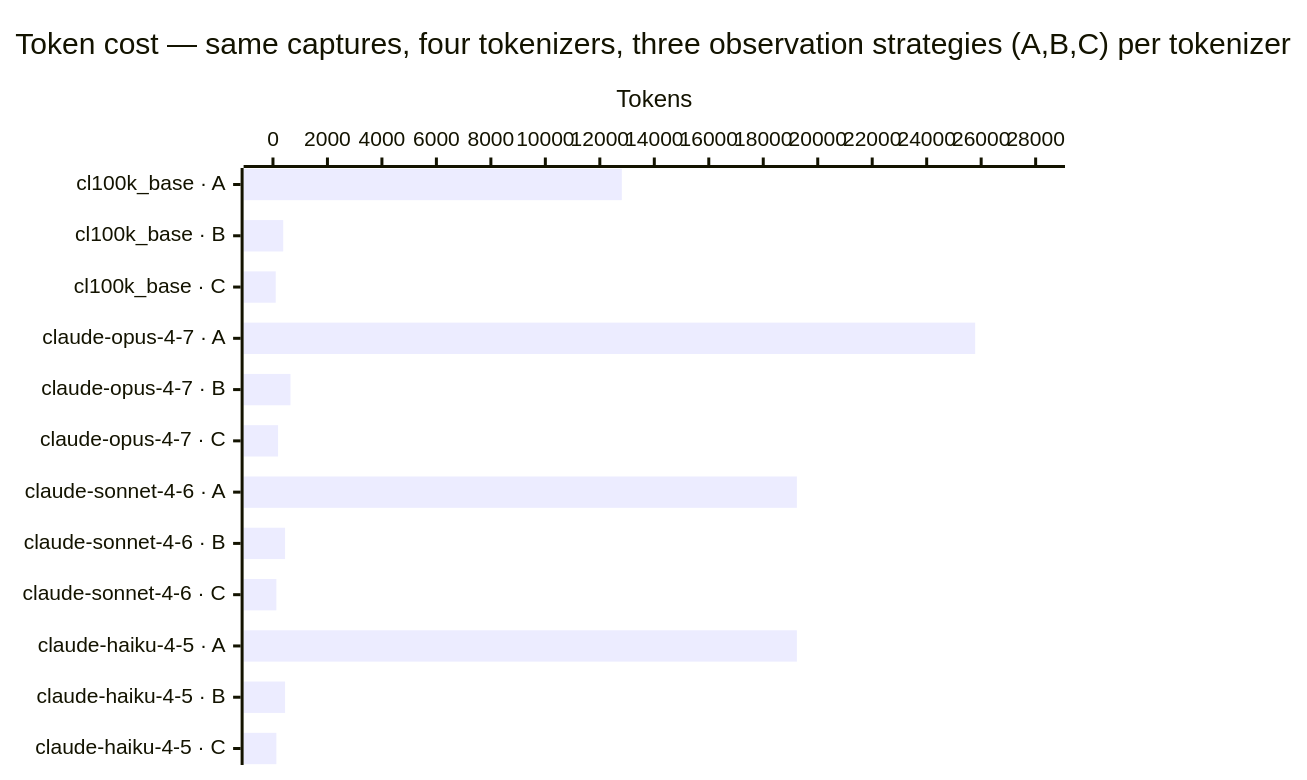
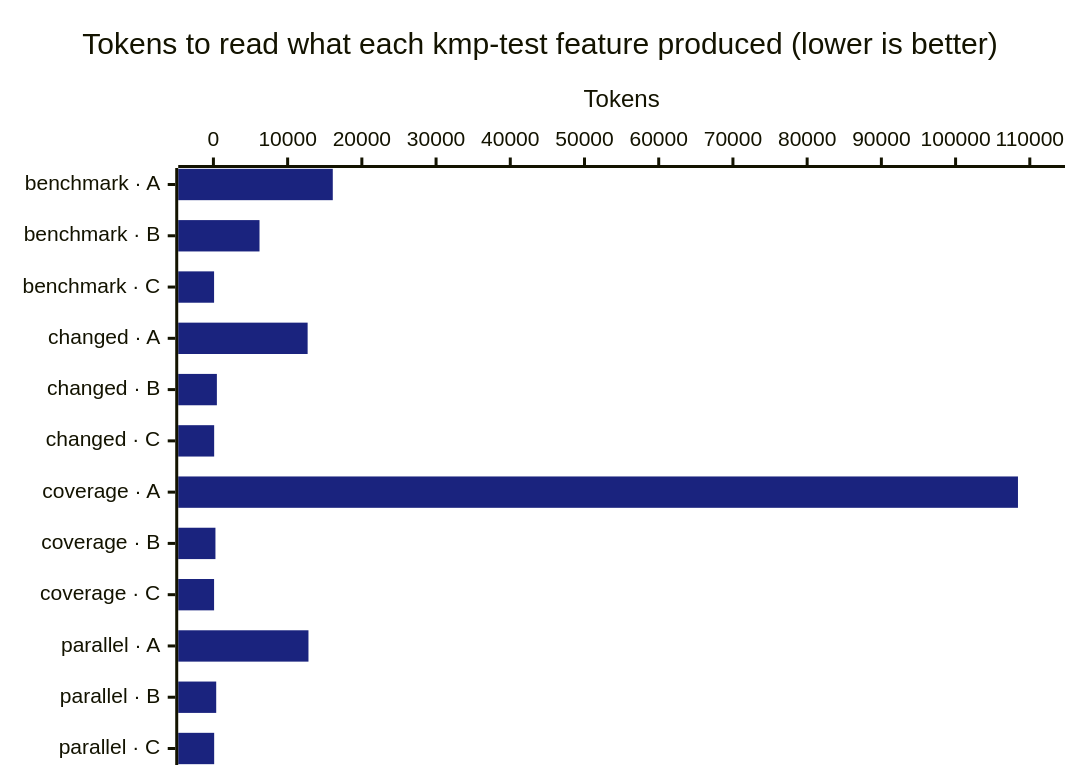
One commit to oscardlfr/kmp-test-runner changed the first of 5 diagrams in README.md. Above: the diagram before and after it, drawn with Mermaid. The commit also changed other lines of this file and 1 other file, not shown here.

First line of the commit message:
docs(tools): v0.4 README + token-cost docs rewrite — 4 features, 5 mermaid charts (Phase 4)

````diff
--- a/README.md
+++ b/README.md
@@ -9,7 +15,8 @@
 ```mermaid
+%%{init: {'theme':'base','themeVariables':{'xyChart':{'plotColorPalette':'#1a237e, #00897b, #c62828'},'fontFamily':'monospace','fontSize':'14px'}}}%%
 xychart-beta horizontal
-    title "Token cost — same captures, four tokenizers, three observation strategies (A,B,C) per tokenizer"
-    x-axis ["cl100k_base · A", "cl100k_base · B", "cl100k_base · C", "claude-opus-4-7 · A", "claude-opus-4-7 · B", "claude-opus-4-7 · C", "claude-sonnet-4-6 · A", "claude-sonnet-4-6 · B", "claude-sonnet-4-6 · C", "claude-haiku-4-5 · A", "claude-haiku-4-5 · B", "claude-haiku-4-5 · C"]
-    y-axis "Tokens" 0 --> 28000
-    bar [12807, 376, 101, 25780, 642, 187, 19234, 444, 125, 19234, 444, 125]
+    title "Tokens to read what each kmp-test feature produced (lower is better)"
+    x-axis ["benchmark · A", "benchmark · B", "benchmark · C", "changed · A", "changed · B", "changed · C", "coverage · A", "coverage · B", "coverage · C", "parallel · A", "parallel · B", "parallel · C"]
+    y-axis "Tokens" 0 --> 110000
+    bar [16083, 6211, 89, 12694, 466, 100, 108405, 273, 89, 12807, 376, 101]
 ```
````
